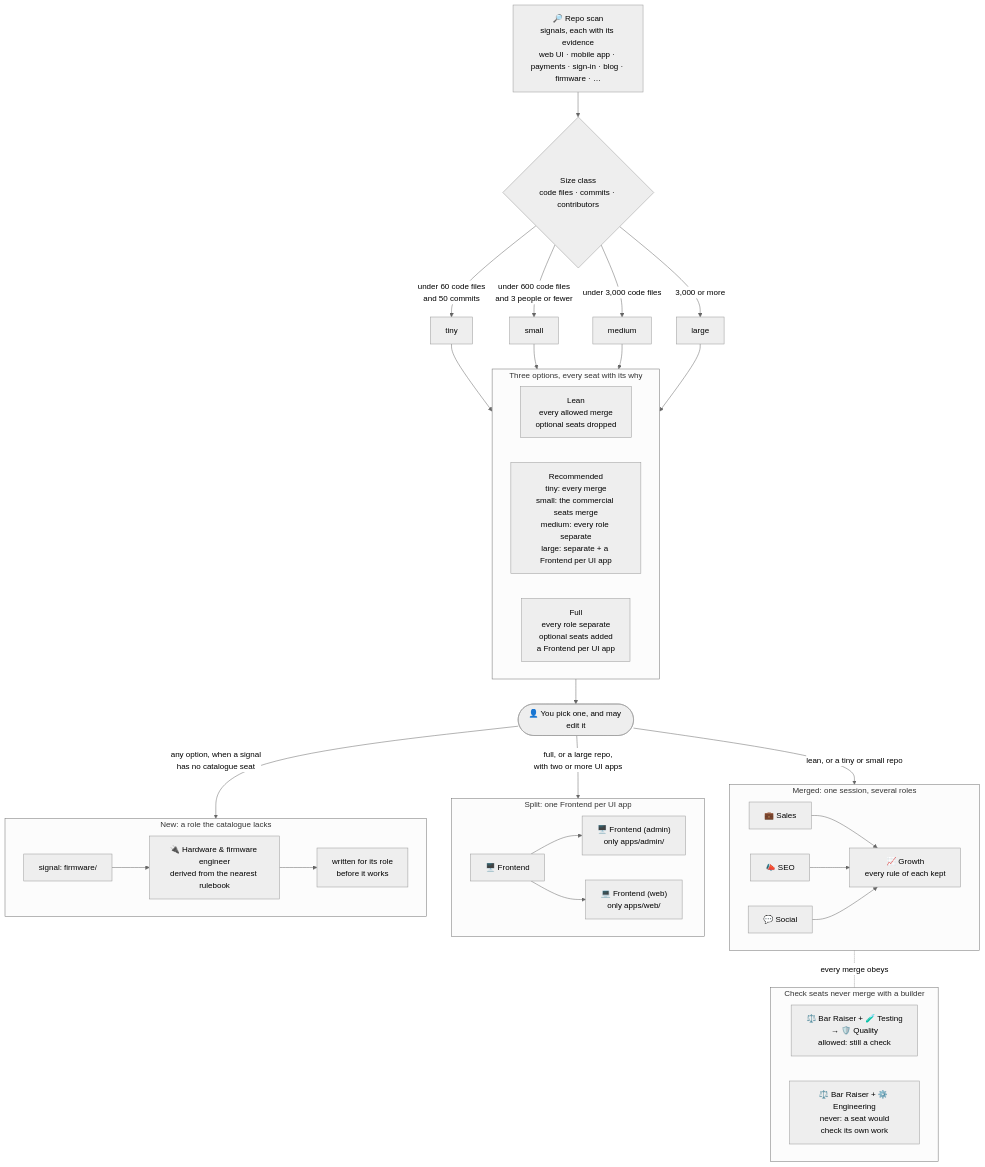
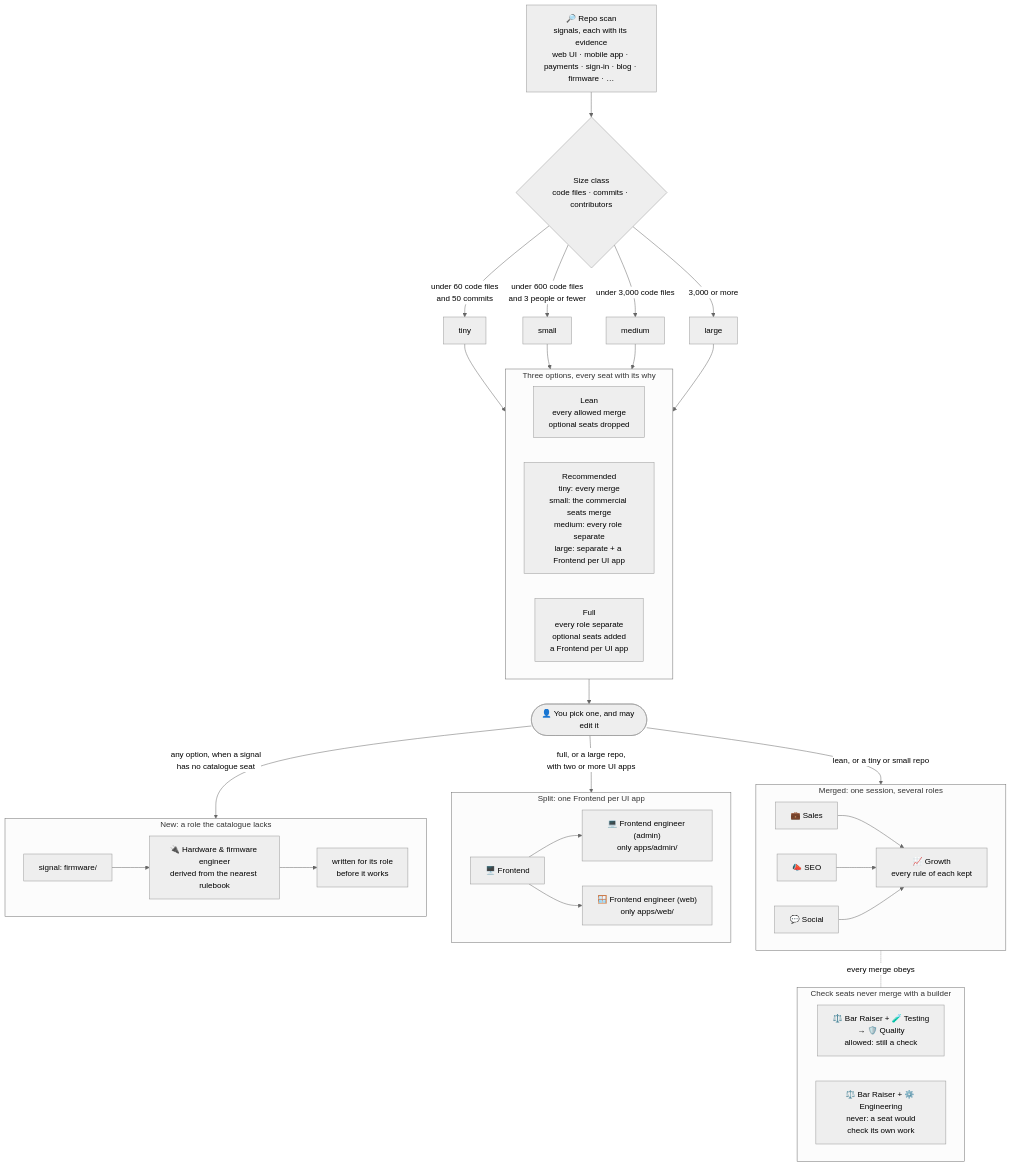
Before and after one commit to fauzulkc/agent-team: the ninth of 10 diagrams in docs/orchestration-diagrams.md, drawn with Mermaid (neutral theme). The commit also changed other lines of this file and 81 other files, not shown here.

````diff
--- a/docs/orchestration-diagrams.md
+++ b/docs/orchestration-diagrams.md
@@ -257,35 +261,35 @@
 ```mermaid
 flowchart TB
     scan["🔎 Repo scan<br/>signals, each with its evidence<br/>web UI · mobile app · payments · sign-in · blog · firmware · …"]
     scan --> size{"Size class<br/>code files · commits · contributors"}
     size -->|"under 60 code files<br/>and 50 commits"| tiny["tiny"]
     size -->|"under 600 code files<br/>and 3 people or fewer"| small["small"]
     size -->|"under 3,000 code files"| medium["medium"]
     size -->|"3,000 or more"| large["large"]
     tiny & small & medium & large --> options
     subgraph options["Three options, every seat with its why"]
         lean["Lean<br/>every allowed merge<br/>optional seats dropped"]
         rec["Recommended<br/>tiny: every merge<br/>small: the commercial seats merge<br/>medium: every role separate<br/>large: separate + a Frontend per UI app"]
         full["Full<br/>every role separate<br/>optional seats added<br/>a Frontend per UI app"]
     end
     options --> pick(["👤 You pick one, and may edit it"])
     pick -->|"lean, or a tiny or small repo"| merged
     pick -->|"full, or a large repo,<br/>with two or more UI apps"| split
     pick -->|"any option, when a signal<br/>has no catalogue seat"| created
     subgraph merged["Merged: one session, several roles"]
         sales["💼 Sales"] & seo["📣 SEO"] & social["💬 Social"] --> growth["📈 Growth<br/>every rule of each kept"]
     end
     subgraph split["Split: one Frontend per UI app"]
-        fe["🖥️ Frontend"] --> fe_admin["🖥️ Frontend (admin)<br/>only apps/admin/"]
-        fe --> fe_web["💻 Frontend (web)<br/>only apps/web/"]
+        fe["🖥️ Frontend"] --> fe_admin["💻 Frontend engineer (admin)<br/>only apps/admin/"]
+        fe --> fe_web["🪟 Frontend engineer (web)<br/>only apps/web/"]
     end
     subgraph created["New: a role the catalogue lacks"]
         firmware["signal: firmware/"] --> derived["🔌 Hardware & firmware engineer<br/>derived from the nearest rulebook"]
         derived --> authored["written for its role<br/>before it works"]
     end
     merged -.-|"every merge obeys"| checks
     subgraph checks["Check seats never merge with a builder"]
         quality["⚖️ Bar Raiser + 🧪 Testing<br/>→ 🛡️ Quality<br/>allowed: still a check"]
         never["⚖️ Bar Raiser + ⚙️ Engineering<br/>never: a seat would<br/>check its own work"]
     end
 ```
````
